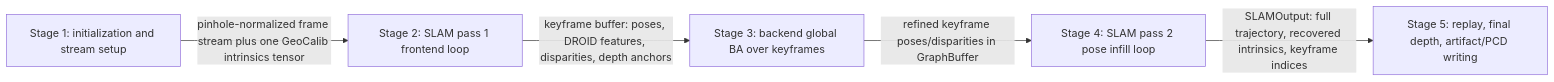
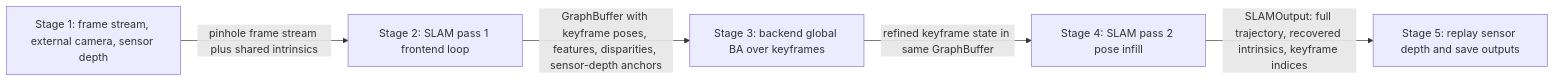
Before and after one commit to sadanand1120/vipe: the first of 6 diagrams in fullexplain.md, drawn with Mermaid. The commit also changed other lines of this file and 28 other files, not shown here.

````diff
--- a/fullexplain.md
+++ b/fullexplain.md
@@ -27,7 +46,7 @@
 ```mermaid
 flowchart LR
-    S1[Stage 1: initialization and stream setup] -->|pinhole-normalized frame stream plus one GeoCalib intrinsics tensor| S2[Stage 2: SLAM pass 1 frontend loop]
-    S2 -->|keyframe buffer: poses, DROID features, disparities, depth anchors| S3[Stage 3: backend global BA over keyframes]
-    S3 -->|refined keyframe poses/disparities in GraphBuffer| S4[Stage 4: SLAM pass 2 pose infill loop]
-    S4 -->|SLAMOutput: full trajectory, recovered intrinsics, keyframe indices| S5[Stage 5: replay, final depth, artifact/PCD writing]
+    S1[Stage 1: frame stream, external camera, sensor depth] -->|pinhole frame stream plus shared intrinsics| S2[Stage 2: SLAM pass 1 frontend loop]
+    S2 -->|GraphBuffer with keyframe poses, features, disparities, sensor-depth anchors| S3[Stage 3: backend global BA over keyframes]
+    S3 -->|refined keyframe state in same GraphBuffer| S4[Stage 4: SLAM pass 2 pose infill]
+    S4 -->|SLAMOutput: full trajectory, recovered intrinsics, keyframe indices| S5[Stage 5: replay sensor depth and save outputs]
 ```
````
